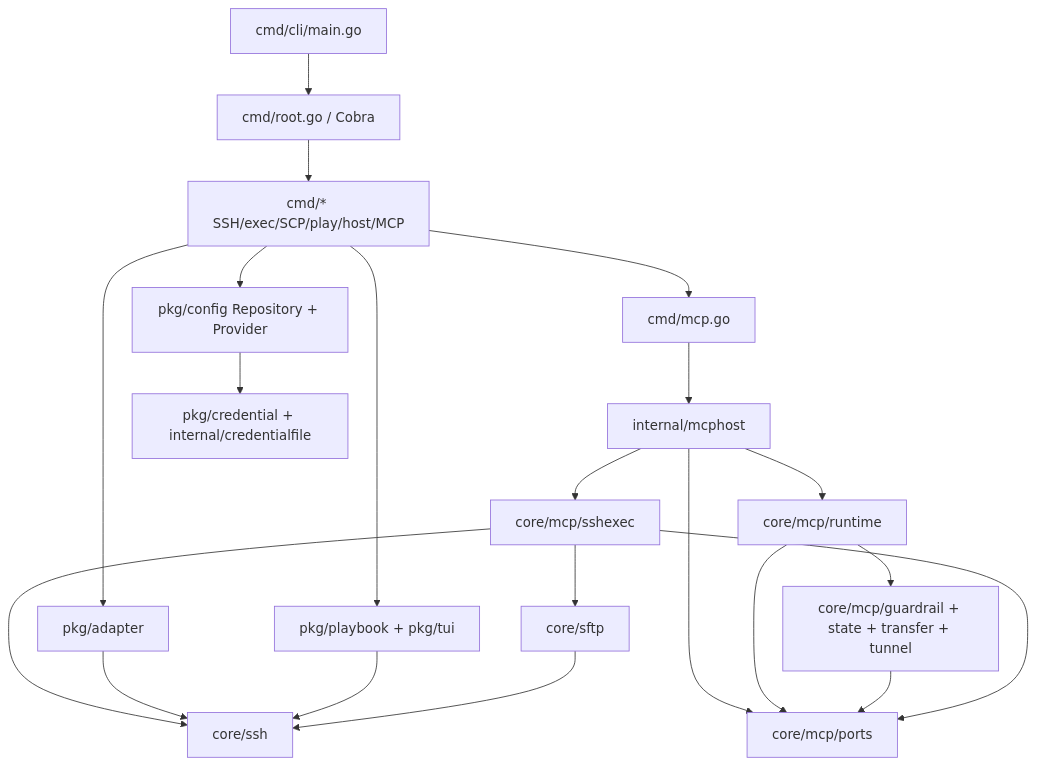
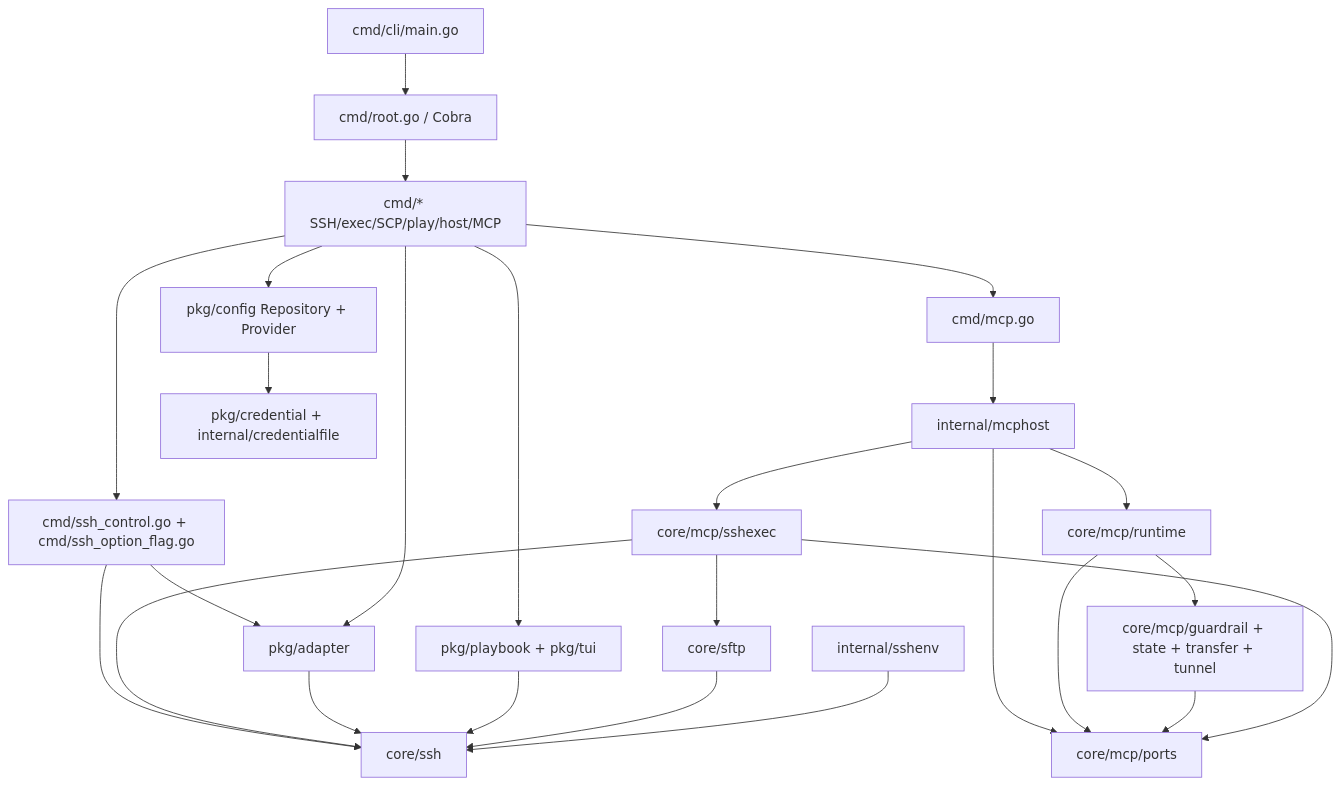
Before and after one commit to wentf9/xops-cli: the diagram in docs/development/governance/architecture-map.md, drawn with Mermaid. The commit also changed other lines of this file and 78 other files, not shown here.

First line of the commit message:
feat(ssh): support OpenSSH multiplexing and control persist

````diff
--- a/docs/development/governance/architecture-map.md
+++ b/docs/development/governance/architecture-map.md
@@ -11,23 +11,27 @@
 ```mermaid
 flowchart TD
   E[cmd/cli/main.go] --> R[cmd/root.go / Cobra]
   R --> C[cmd/* SSH/exec/SCP/play/host/MCP]
-  C --> A[pkg/adapter]
+  C --> CTL[cmd/ssh_control.go + cmd/ssh_option_flag.go]
+  CTL --> A[pkg/adapter]
+  CTL --> SSH[core/ssh]
+  C --> A
   C --> P[pkg/playbook + pkg/tui]
   C --> CFG[pkg/config Repository + Provider]
   C --> CM[cmd/mcp.go]
   CM --> MH[internal/mcphost]
   MH --> PORTS[core/mcp/ports]
   MH --> MR[core/mcp/runtime]
   MH --> B[core/mcp/sshexec]
   MR --> PORTS
   MR --> G[core/mcp/guardrail + state + transfer + tunnel]
   G --> PORTS
   B --> PORTS
-  B --> SSH[core/ssh]
+  B --> SSH
   B --> SFTP[core/sftp]
   A --> SSH
   P --> SSH
   CFG --> CR[pkg/credential + internal/credentialfile]
   SFTP --> SSH
+  ENV[internal/sshenv] --> SSH
 ```
````
